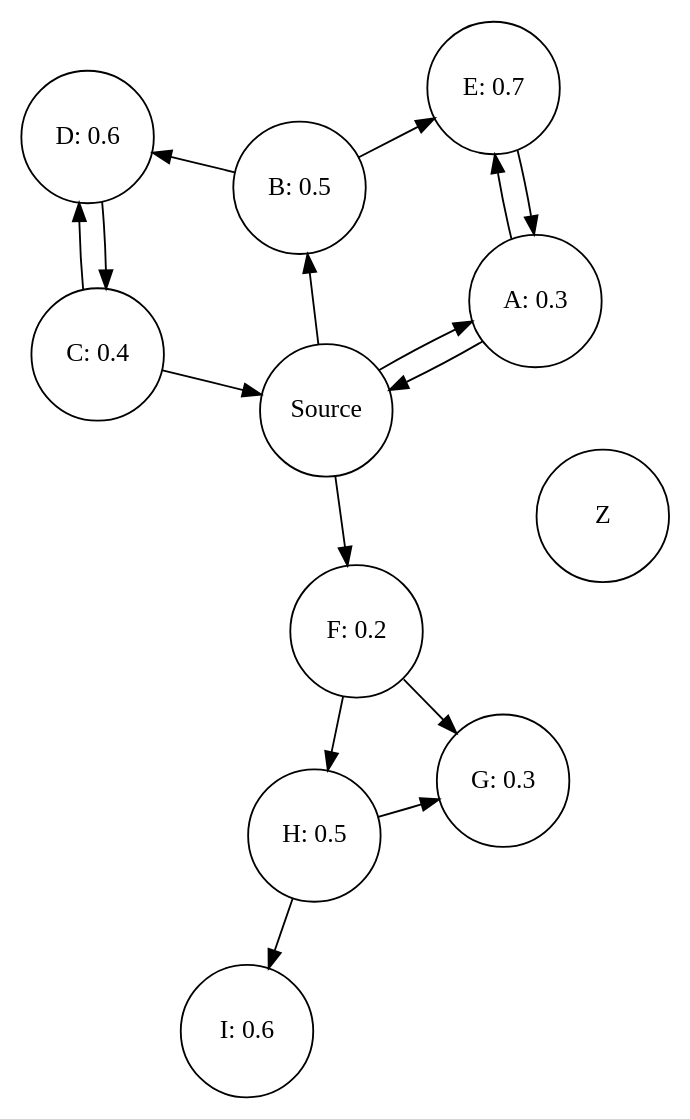
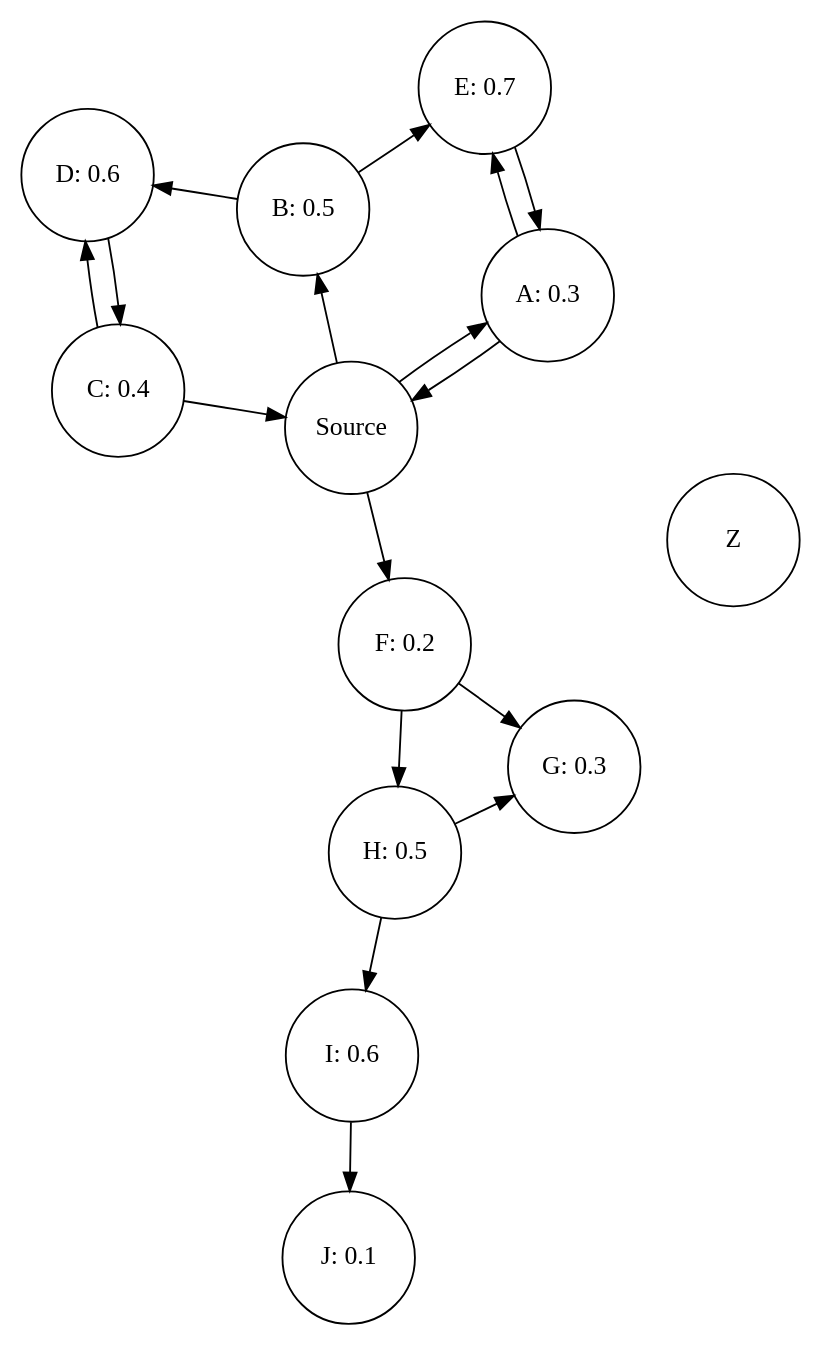
Before and after one commit to Firefox2100/dedi-link: the diagram in docs/source/design/network_sample.dot, drawn with Graphviz. The commit also changed 6 other files, not shown here.

```diff
--- a/docs/source/design/network_sample.dot
+++ b/docs/source/design/network_sample.dot
@@ -1,43 +1,46 @@
 strict digraph {
     // This graph contains most possible connections between nodes
     layout=neato;
     edge [len=1.5];
 
     // Source Node
     O [label="Source", shape=circle, fixedsize=true, width=1.0];
 
     A [label="A: 0.3", shape=circle, fixedsize=true, width=1.0];
     B [label="B: 0.5", shape=circle, fixedsize=true, width=1.0];
     C [label="C: 0.4", shape=circle, fixedsize=true, width=1.0];
     D [label="D: 0.6", shape=circle, fixedsize=true, width=1.0];
     E [label="E: 0.7", shape=circle, fixedsize=true, width=1.0];
     F [label="F: 0.2", shape=circle, fixedsize=true, width=1.0];
     G [label="G: 0.3", shape=circle, fixedsize=true, width=1.0];
     H [label="H: 0.5", shape=circle, fixedsize=true, width=1.0];
     I [label="I: 0.6", shape=circle, fixedsize=true, width=1.0];
+    J [label="J: 0.1", shape=circle, fixedsize=true, width=1.0];
 
     Z [label="Z", shape=circle, fixedsize=true, width=1.0];
 
     // Connections
     // 1 hop
     O -> A;
     A -> O;
     O -> B;
     C -> O;
     O -> F;
 
     // 2 hops
     B -> D;
     D -> C;
     C -> D;
     B -> E;
     A -> E;
     E -> A;
     F -> G;
     F -> H;
     H -> G;
 
     // 3 hops
     H -> I;
 
+    // 4 hops
+    I -> J;
 }
```
